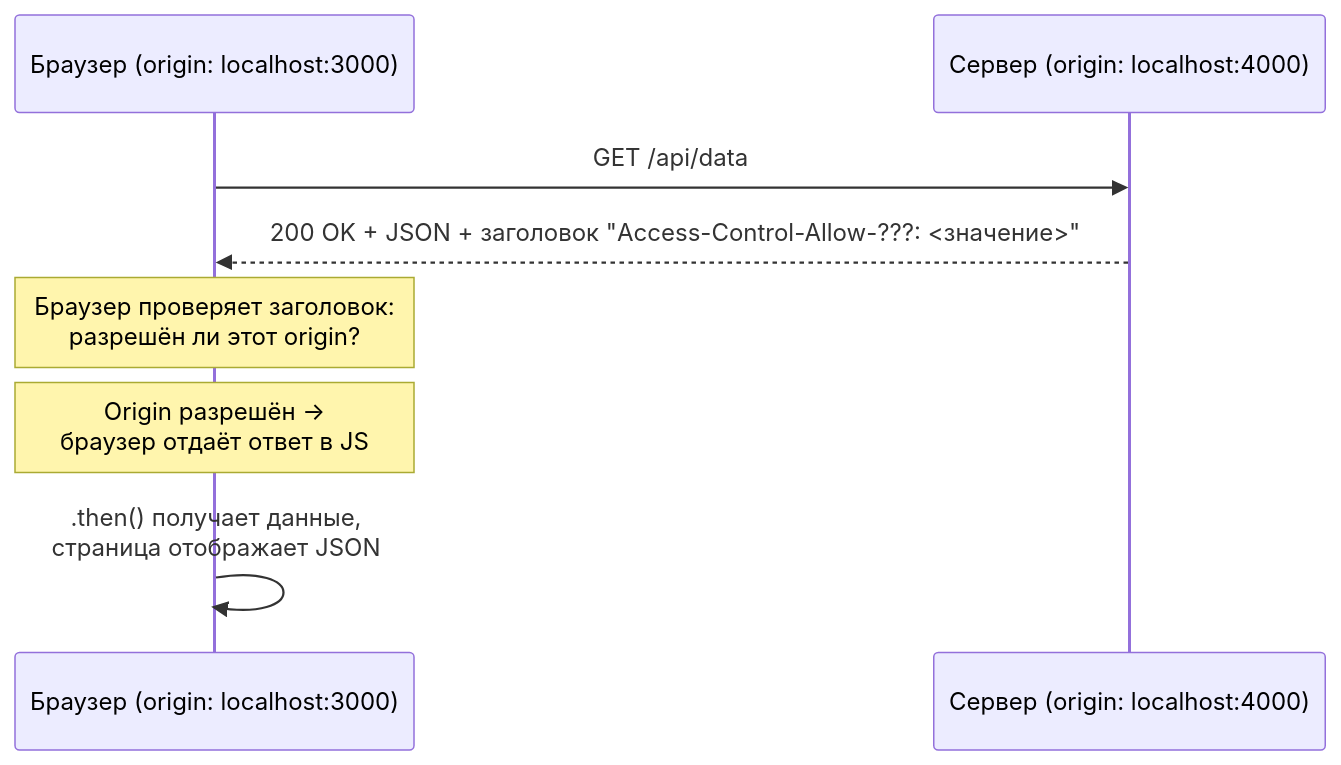
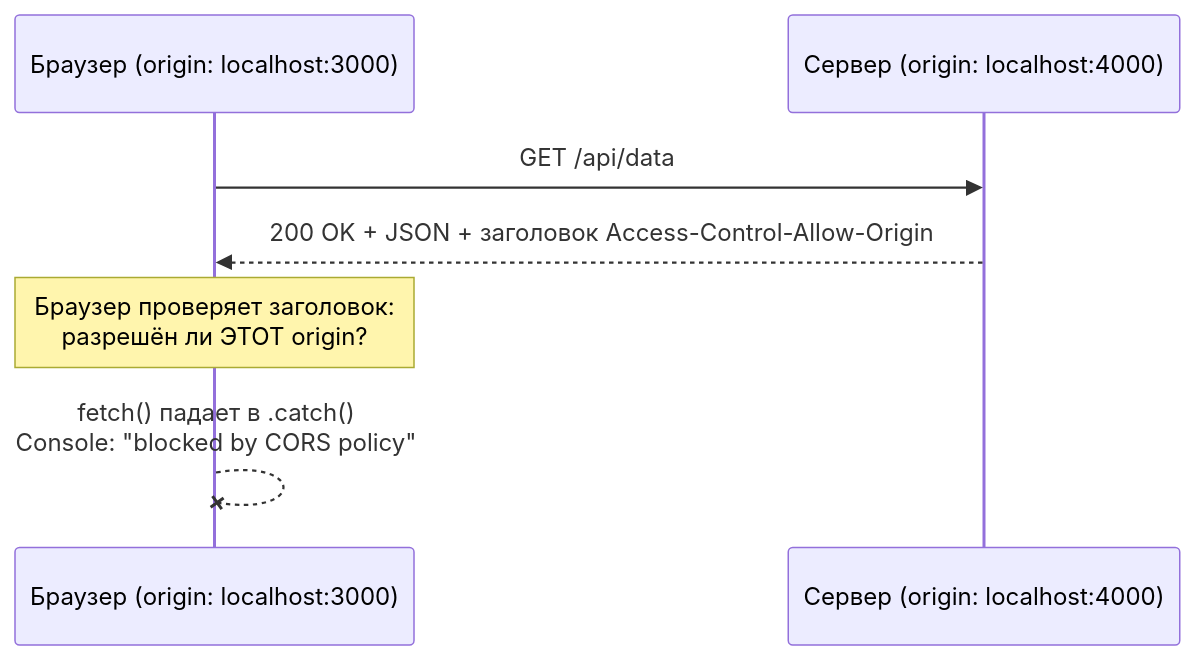
Before and after one commit to vv0rkz/cors-playground: the diagram in README.md, drawn with Mermaid. The commit also changed other lines of this file and 1 other file, not shown here.

Commit message:
v1.1: broken - origin mismatch

````diff
--- a/README.md
+++ b/README.md
@@ -36,11 +12,10 @@
 ```mermaid
 sequenceDiagram
     participant B as Браузер (origin: localhost:3000)
     participant S as Сервер (origin: localhost:4000)
 
     B->>S: GET /api/data
-    S-->>B: 200 OK + JSON + заголовок "Access-Control-Allow-???: <значение>"
-    Note over B: Браузер проверяет заголовок:<br/>разрешён ли этот origin?
-    Note over B: Origin разрешён →<br/>браузер отдаёт ответ в JS
-    B->>B: .then() получает данные,<br/>страница отображает JSON
+    S-->>B: 200 OK + JSON + заголовок Access-Control-Allow-Origin
+    Note over B: Браузер проверяет заголовок:<br/>разрешён ли ЭТОТ origin?
+    B--xB: fetch() падает в .catch()<br/>Console: "blocked by CORS policy"
 ```
````
